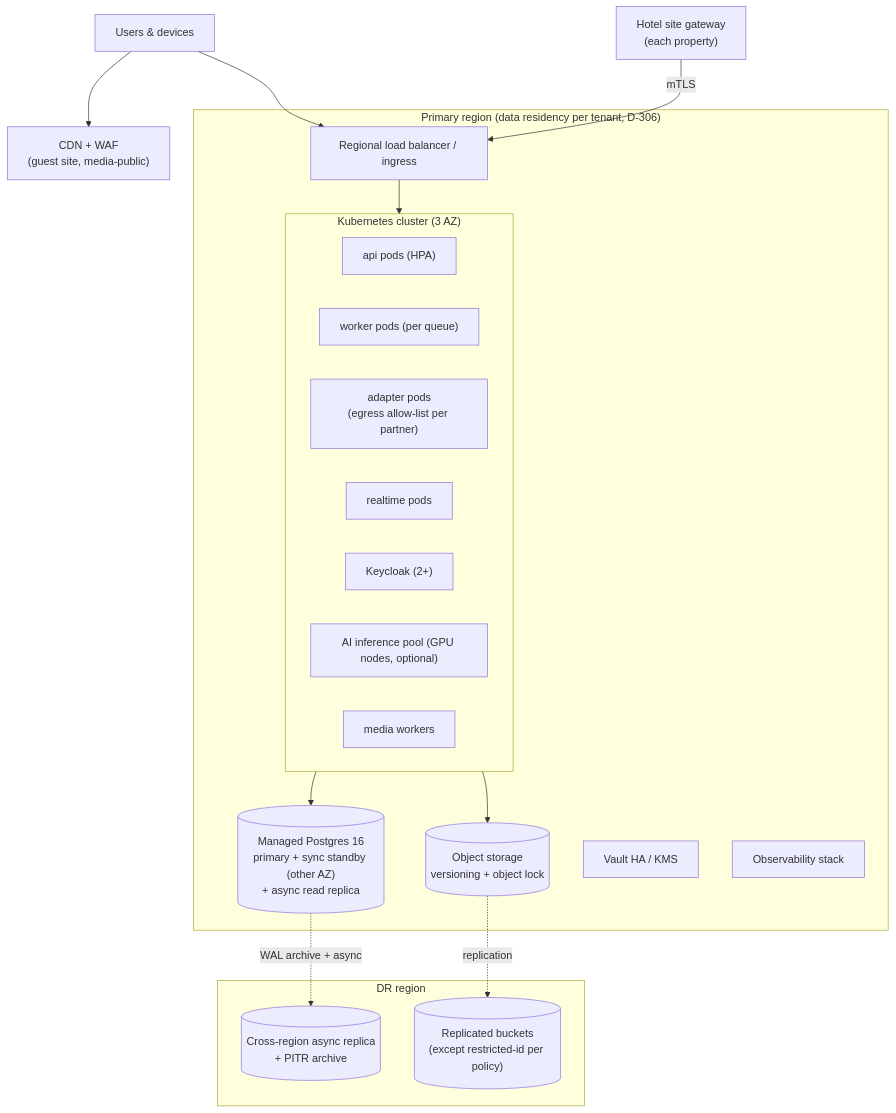
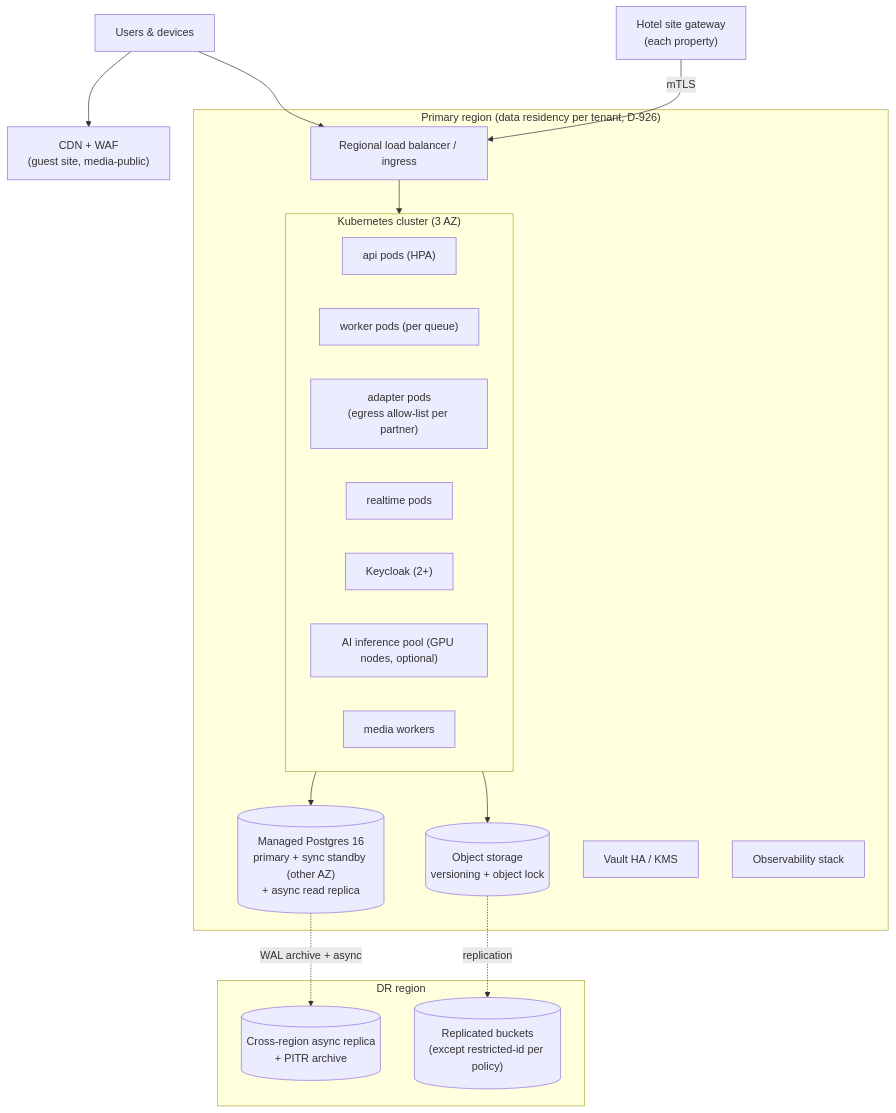
Diagram 14 of 15 in docs/03-architecture.md (AlWathiq-Services/PMS), drawn with Mermaid before and after one commit. The commit also changed other lines of this file and 9 other files, not shown here.

````diff
--- a/docs/03-architecture.md
+++ b/docs/03-architecture.md
@@ -2546,30 +2546,30 @@
 ```mermaid
 flowchart TB
   U["Users & devices"] --> CDN["CDN + WAF<br/>(guest site, media-public)"]
   U --> LB["Regional load balancer / ingress"]
-  subgraph Region["Primary region (data residency per tenant, D-306)"]
+  subgraph Region["Primary region (data residency per tenant, D-926)"]
     LB --> K8S
     subgraph K8S["Kubernetes cluster (3 AZ)"]
       APIp["api pods (HPA)"]
       WRKp["worker pods (per queue)"]
       ADPp["adapter pods<br/>(egress allow-list per partner)"]
       RTp["realtime pods"]
       KCp["Keycloak (2+)"]
       AIp["AI inference pool (GPU nodes, optional)"]
       MEDp["media workers"]
     end
     PGp[("Managed Postgres 16<br/>primary + sync standby (other AZ)<br/>+ async read replica")]
     S3p[("Object storage<br/>versioning + object lock")]
     VAULTp["Vault HA / KMS"]
     OBS["Observability stack"]
   end
   subgraph DR["DR region"]
     PGdr[("Cross-region async replica<br/>+ PITR archive")]
     S3dr[("Replicated buckets<br/>(except restricted-id per policy)")]
   end
   K8S --> PGp
   K8S --> S3p
   PGp -.WAL archive + async.-> PGdr
   S3p -.replication.-> S3dr
   SITE["Hotel site gateway<br/>(each property)"] -->|mTLS| LB
 ```
````
